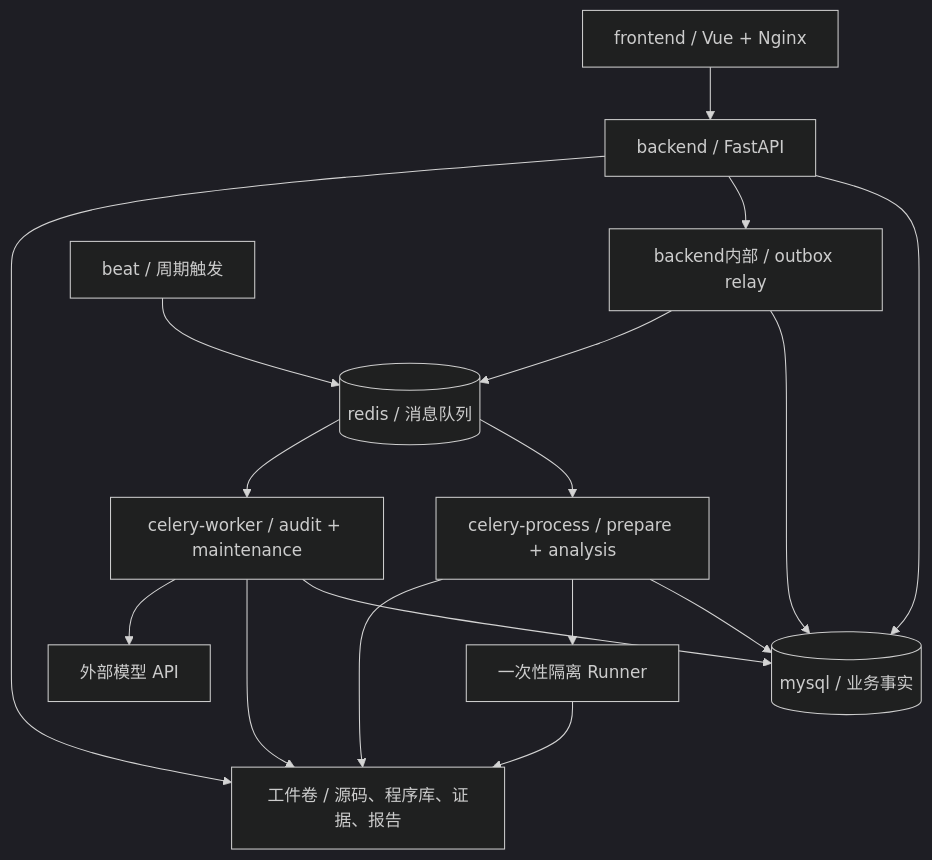
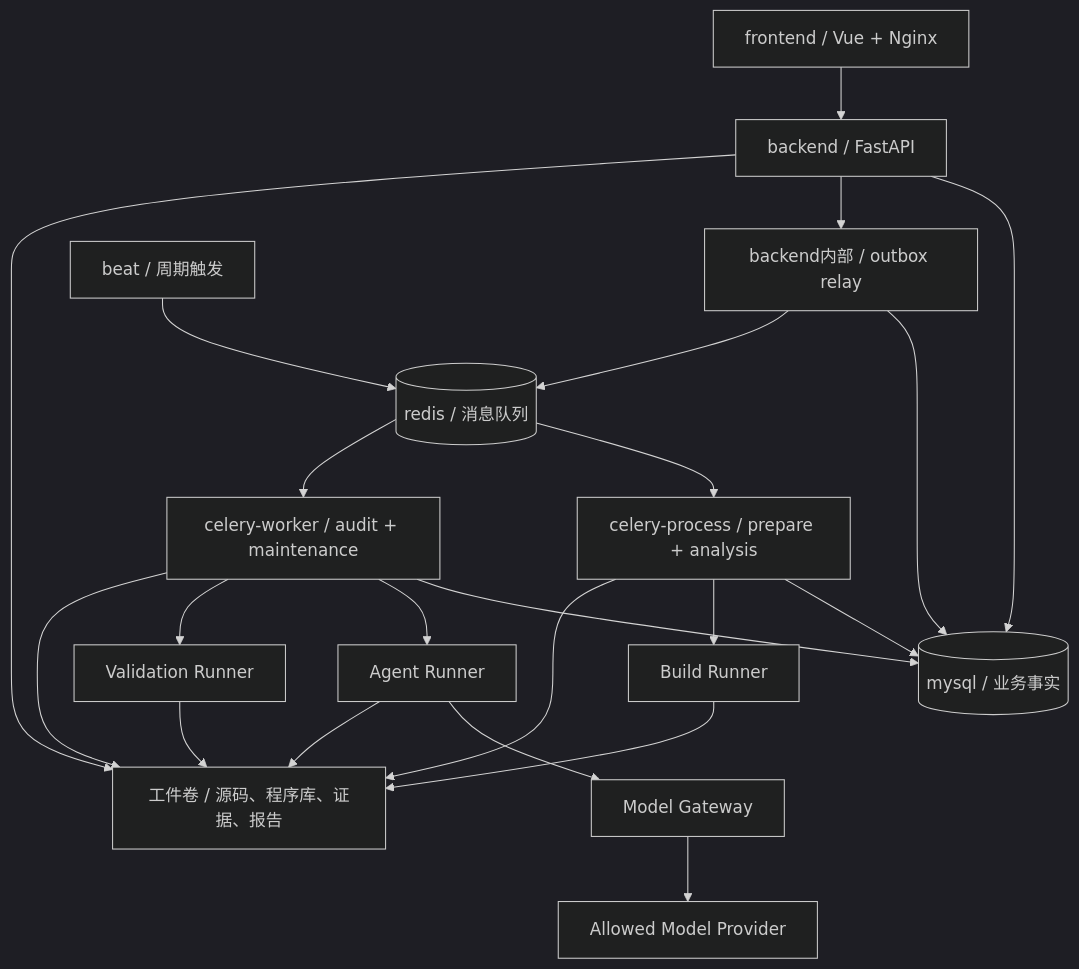
The diagram in docs/deployment-storage.md (luohaijiang789/AIxSecurity), drawn with Mermaid (dark theme) before and after one commit. The commit also changed other lines of this file and 16 other files, not shown here.

First line of the commit message:
docs: harden AIxSecurity architecture and trust model

````diff
--- a/docs/deployment-storage.md
+++ b/docs/deployment-storage.md
@@ -40,19 +40,24 @@
 ```mermaid
 flowchart TB
   UI[frontend / Vue + Nginx] --> API[backend / FastAPI]
   API --> DB[(mysql / 业务事实)]
   API --> RELAY[backend内部 / outbox relay]
   RELAY --> DB
   RELAY --> R[(redis / 消息队列)]
   B[beat / 周期触发] --> R
   R --> P[celery-process / prepare + analysis]
   R --> W[celery-worker / audit + maintenance]
   P --> DB
   W --> DB
-  P --> RUN[一次性隔离 Runner]
-  RUN --> F[工件卷 / 源码、程序库、证据、报告]
+  P --> BR[Build Runner]
+  W --> AR[Agent Runner]
+  W --> VR[Validation Runner]
+  AR --> MG[Model Gateway]
+  MG --> MODEL[Allowed Model Provider]
+  BR --> F[工件卷 / 源码、程序库、证据、报告]
+  AR --> F
+  VR --> F
   P --> F
   W --> F
-  W --> MODEL[外部模型 API]
   API --> F
 ```
````
